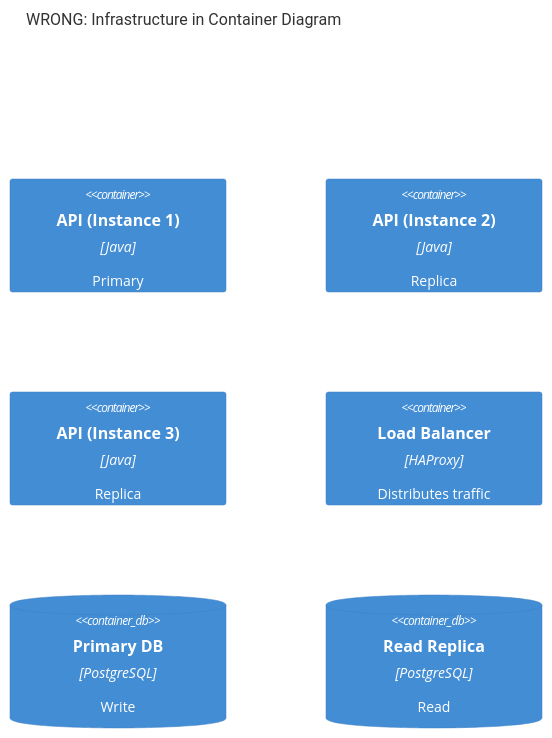
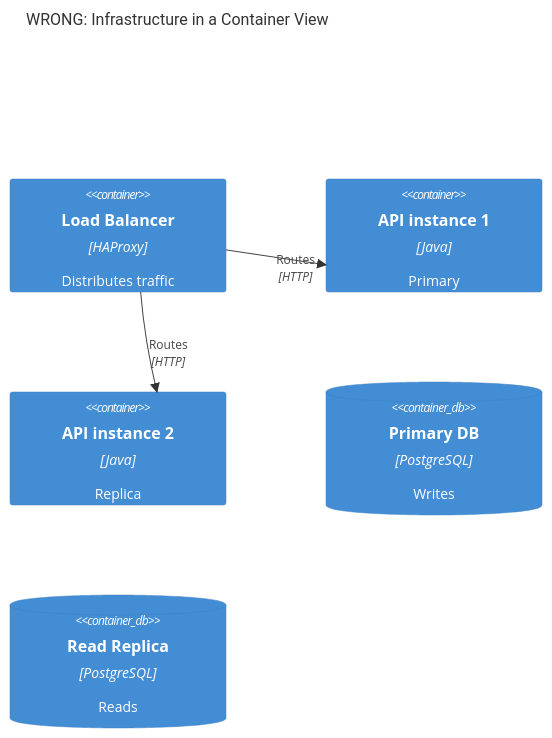
One commit to castocolina/agent-toolkit changed the tenth of 10 diagrams in dist/plugins/c4-architecture/skills/c4-architecture/references/common-mistakes.md. Above: the diagram before and after it, drawn with Mermaid. The commit also changed other lines of this file and 1013 other files, not shown here.

````diff
--- a/dist/plugins/c4-architecture/skills/c4-architecture/references/common-mistakes.md
+++ b/dist/plugins/c4-architecture/skills/c4-architecture/references/common-mistakes.md
@@ -335,11 +139,11 @@
 ```mermaid
 C4Container
-  title WRONG: Infrastructure in Container Diagram
-
-  Container(api1, "API (Instance 1)", "Java", "Primary")
-  Container(api2, "API (Instance 2)", "Java", "Replica")
-  Container(api3, "API (Instance 3)", "Java", "Replica")
+  title WRONG: Infrastructure in a Container View
   Container(lb, "Load Balancer", "HAProxy", "Distributes traffic")
-  ContainerDb(primary, "Primary DB", "PostgreSQL", "Write")
-  ContainerDb(replica, "Read Replica", "PostgreSQL", "Read")
+  Container(api1, "API instance 1", "Java", "Primary")
+  Container(api2, "API instance 2", "Java", "Replica")
+  ContainerDb(primary, "Primary DB", "PostgreSQL", "Writes")
+  ContainerDb(replica, "Read Replica", "PostgreSQL", "Reads")
+  Rel(lb, api1, "Routes", "HTTP")
+  Rel(lb, api2, "Routes", "HTTP")
 ```
````
